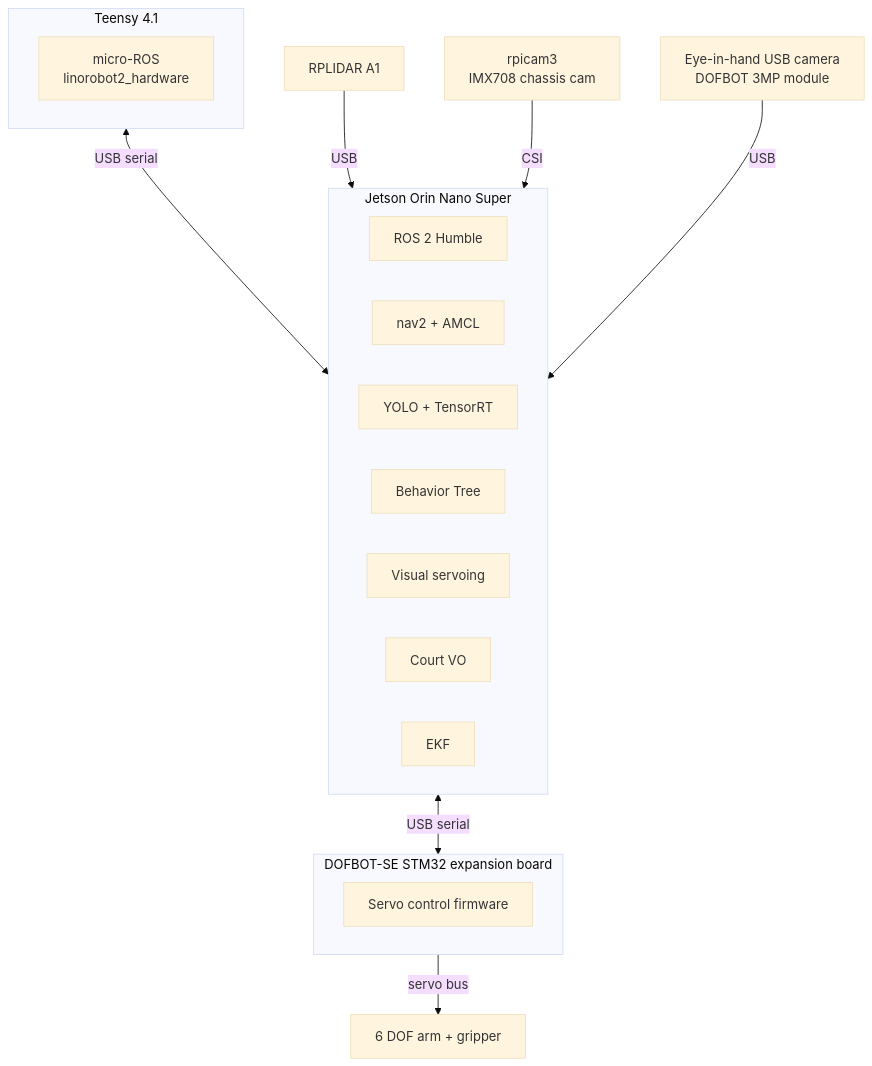
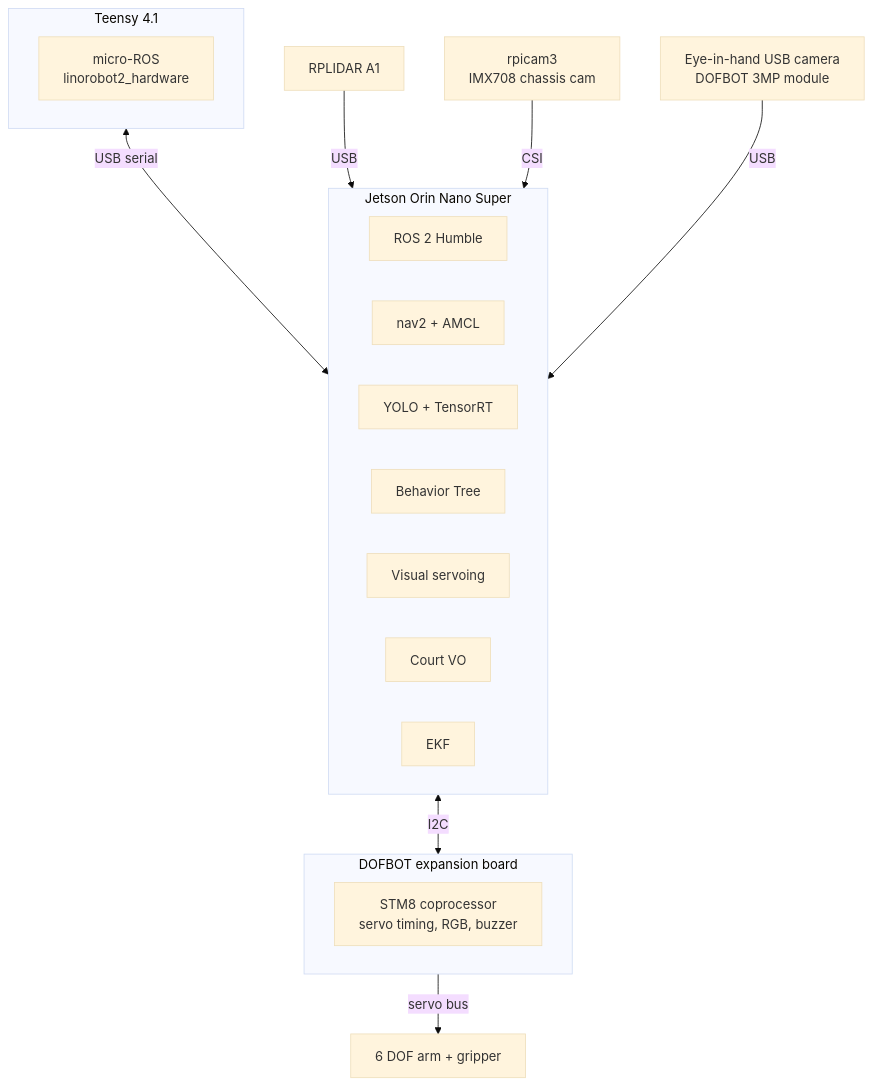
Before and after one commit to atticusrussell/ballbot: the tenth of 10 diagrams in docs/ARCHITECTURE.md, drawn with Mermaid (base theme). The commit also changed other lines of this file and 1 other file, not shown here.

First line of the commit message:
docs: restructure roadmap to flat M01–M19 milestones + theory track

````diff
--- a/docs/ARCHITECTURE.md
+++ b/docs/ARCHITECTURE.md
@@ -222,27 +222,27 @@
 ```mermaid
 flowchart TB
     subgraph teensy[Teensy 4.1]
         microros[micro-ROS<br/>linorobot2_hardware]
     end
 
     subgraph jetson[Jetson Orin Nano Super]
         ros2[ROS 2 Humble]
         nav[nav2 + AMCL]
         det[YOLO + TensorRT]
         bt[Behavior Tree]
         vs[Visual servoing]
         vo[Court VO]
         ekf[EKF]
     end
 
-    subgraph stm32[DOFBOT-SE STM32 expansion board]
-        armfw[Servo control firmware]
+    subgraph expboard[DOFBOT expansion board]
+        stm8[STM8 coprocessor<br/>servo timing, RGB, buzzer]
     end
 
     teensy <-->|USB serial| jetson
     rplidar[RPLIDAR A1] -->|USB| jetson
     rpicam[rpicam3<br/>IMX708 chassis cam] -->|CSI| jetson
     eih[Eye-in-hand USB camera<br/>DOFBOT 3MP module] -->|USB| jetson
-    jetson <-->|USB serial| stm32
-    stm32 -->|servo bus| servos[6 DOF arm + gripper]
+    jetson <-->|I2C| expboard
+    expboard -->|servo bus| servos[6 DOF arm + gripper]
 ```
````
